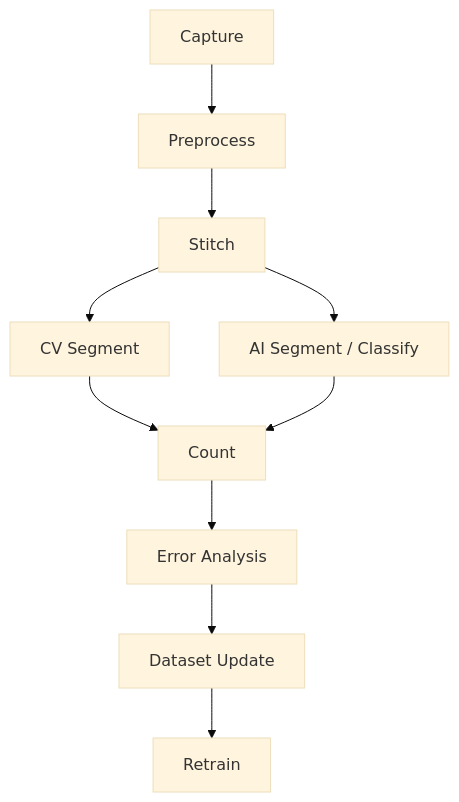
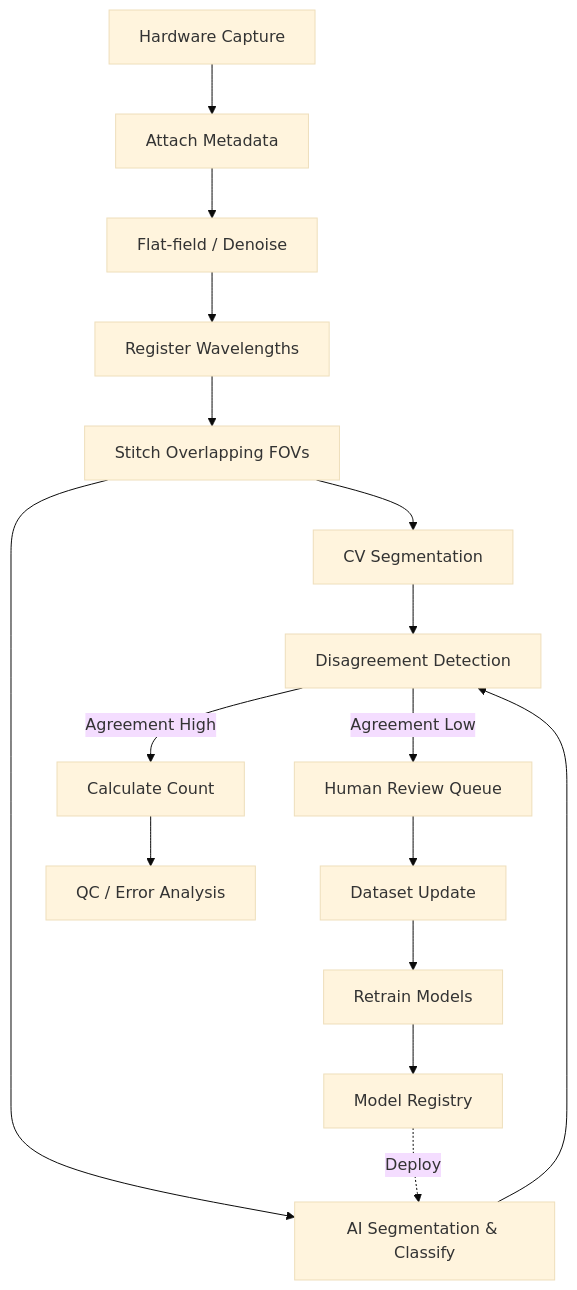
One commit to abhishekadile/cbc changed the diagram in design-docs/AI/04-final-ai-cv-pipeline.md. Above: the diagram before and after it, drawn with Mermaid (base theme). The commit also changed other lines of this file and 28 other files, not shown here.

````diff
--- a/design-docs/AI/04-final-ai-cv-pipeline.md
+++ b/design-docs/AI/04-final-ai-cv-pipeline.md
@@ -7,12 +7,23 @@
 ```mermaid
 flowchart TD
-    Capture[Capture] --> Preprocess[Preprocess]
-    Preprocess --> Stitch[Stitch]
-    Stitch --> CVSegment[CV Segment]
-    Stitch --> AISegment[AI Segment / Classify]
-    CVSegment --> Count[Count]
-    AISegment --> Count
-    Count --> ErrorAnalysis[Error Analysis]
-    ErrorAnalysis --> DatasetUpdate[Dataset Update]
-    DatasetUpdate --> Retrain[Retrain]
+    Capture[Hardware Capture] --> Metadata[Attach Metadata]
+    Metadata --> Preprocess[Flat-field / Denoise]
+    Preprocess --> Register[Register Wavelengths]
+    Register --> Stitch[Stitch Overlapping FOVs]
+    
+    Stitch --> CVSegment[CV Segmentation]
+    Stitch --> AISegment[AI Segmentation & Classify]
+    
+    CVSegment --> Disagree[Disagreement Detection]
+    AISegment --> Disagree
+    
+    Disagree -- Agreement High --> Count[Calculate Count]
+    Disagree -- Agreement Low --> LabelQueue[Human Review Queue]
+    
+    LabelQueue --> DatasetUpdate[Dataset Update]
+    DatasetUpdate --> Retrain[Retrain Models]
+    Retrain --> Registry[Model Registry]
+    Registry -. Deploy .-> AISegment
+    
+    Count --> QC[QC / Error Analysis]
 ```
````
